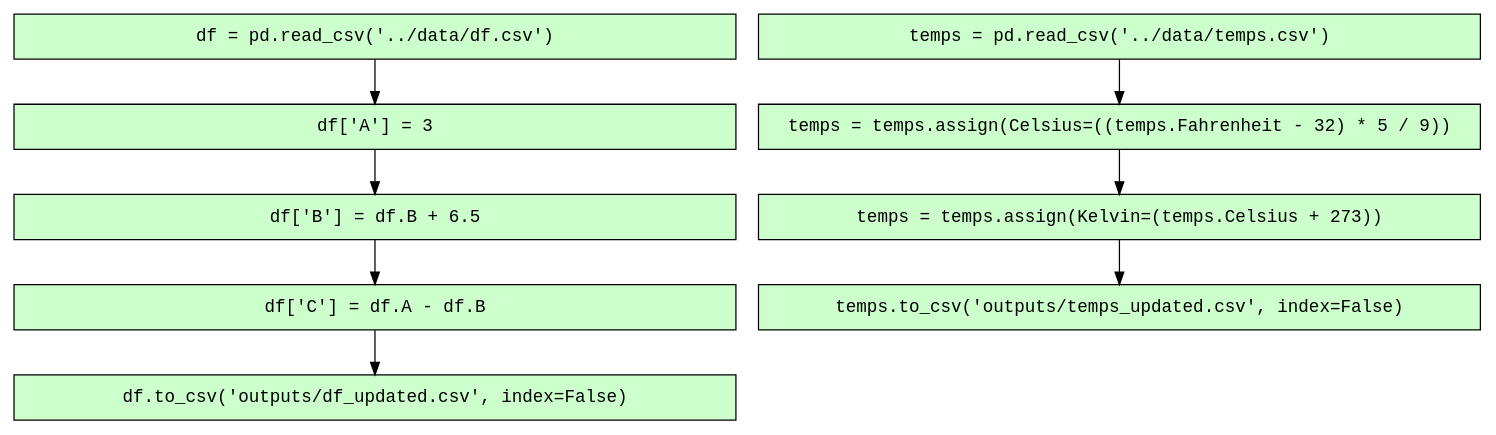
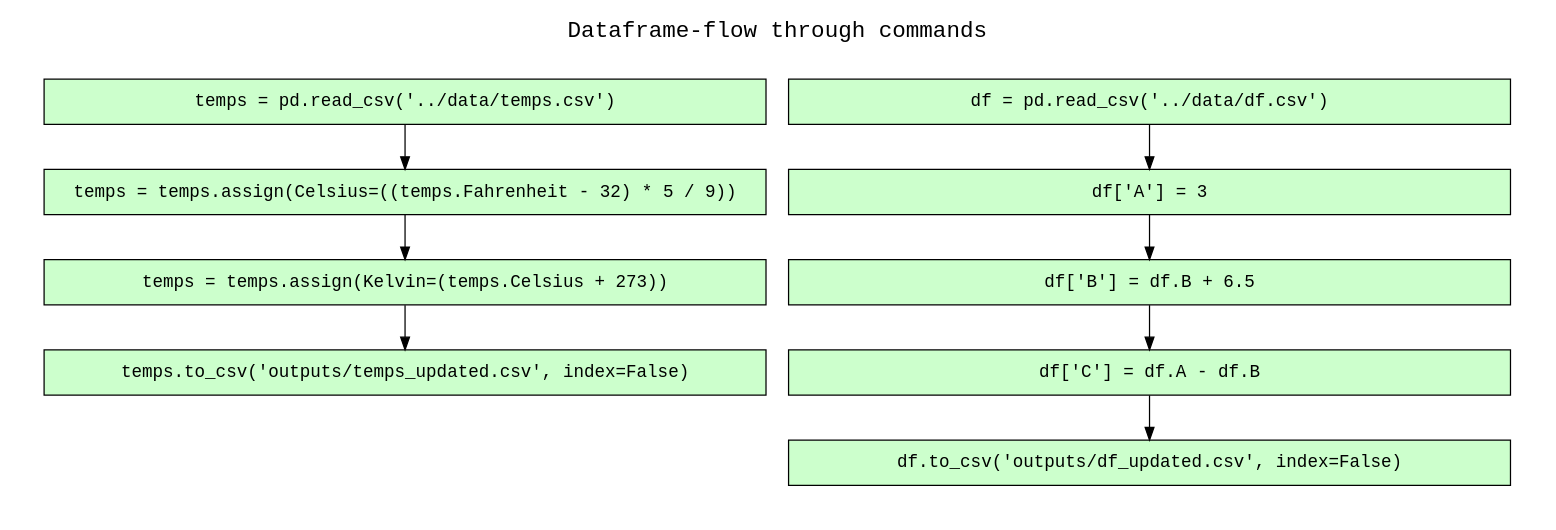
One commit to CIRSS/geist changed the diagram in examples/07-sdtl-provone-inference/03-sdtl-queries/outputs/GRAPH-1.gv. Above: the diagram before and after it, drawn with Graphviz. The commit also changed 3 other files, not shown here.

```diff
--- a/examples/07-sdtl-provone-inference/03-sdtl-queries/outputs/GRAPH-1.gv
+++ b/examples/07-sdtl-provone-inference/03-sdtl-queries/outputs/GRAPH-1.gv
@@ -1,25 +1,33 @@
 digraph sdtl_program {
 rankdir=TB
+
+fontname=Courier; fontsize=18; labelloc=t
+label="Dataframe-flow through commands"
+
+subgraph cluster_program_graph { label=""; color=white; penwidth=0
+subgraph cluster_program_graph_inner { label=""; color=white
 
 # command nodes
 node[shape=box style="filled" fillcolor="#CCFFCC" peripheries=1
 fontname=Courier width=8]
 ":load/1" [label="df = pd.read_csv('../data/df.csv')"]
 ":compute/1" [label="df['A'] = 3"]
 ":compute/2" [label="df['B'] = df.B + 6.5"]
 ":compute/3" [label="df['C'] = df.A - df.B"]
 ":load/2" [label="temps = pd.read_csv('../data/temps.csv')"]
 ":compute/4" [label="temps = temps.assign(Celsius=((temps.Fahrenheit - 32) * 5 / 9))"]
 ":compute/5" [label="temps = temps.assign(Kelvin=(temps.Celsius + 273))"]
 ":save/1" [label="df.to_csv('outputs/df_updated.csv', index=False)"]
 ":save/2" [label="temps.to_csv('outputs/temps_updated.csv', index=False)"]
 
 # dataframe edges
 ":compute/1" -> ":compute/2"
 ":compute/2" -> ":compute/3"
 ":compute/3" -> ":save/1"
 ":compute/4" -> ":compute/5"
 ":compute/5" -> ":save/2"
 ":load/1" -> ":compute/1"
 ":load/2" -> ":compute/4"
+}}
+
 }
```
